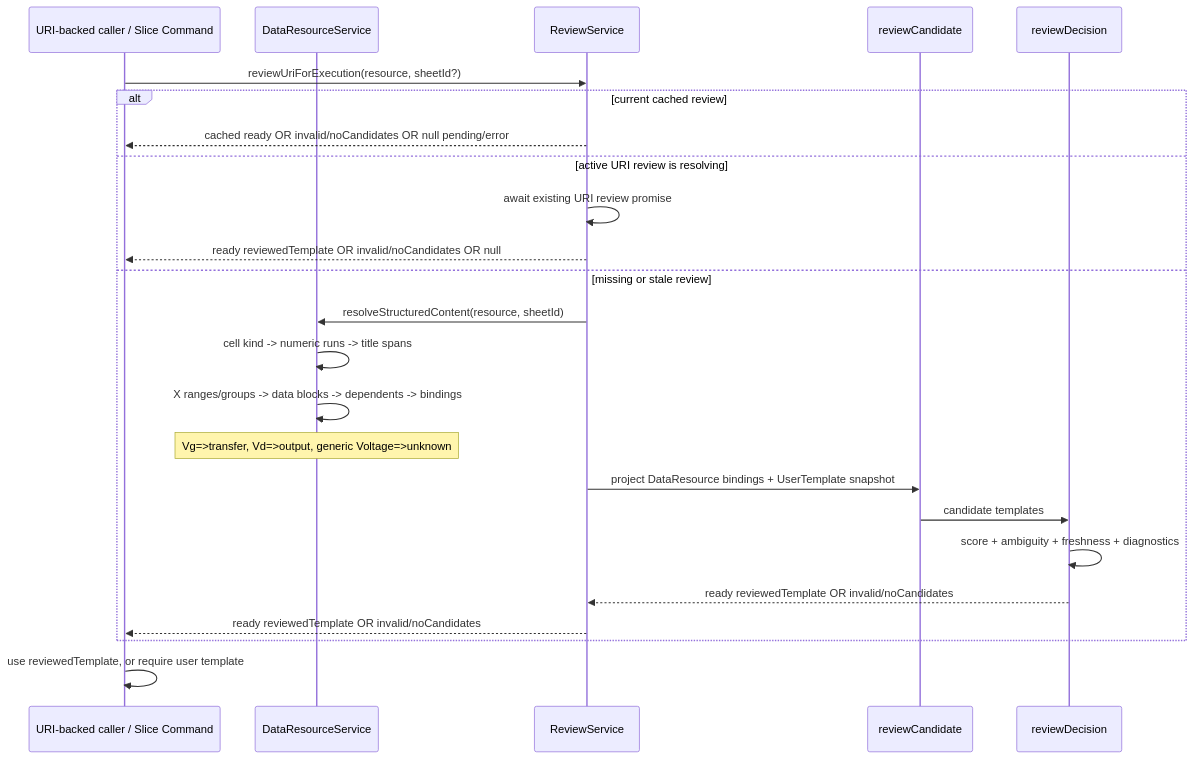
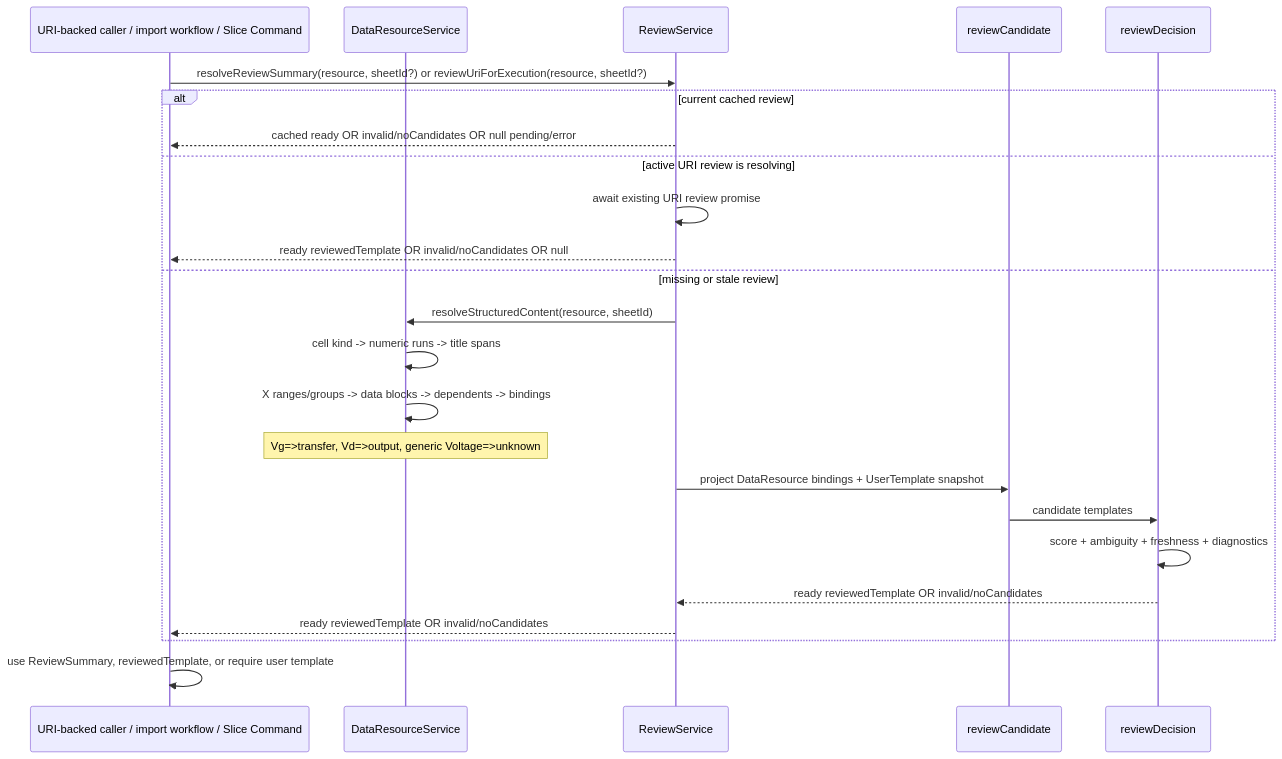
Before and after one commit to chogng/conductor: the diagram in .github/instructions/review.instructions.md, drawn with Mermaid. The commit also changed other lines of this file and 9 other files, not shown here.

Commit message:
feat: resolve review summaries for prepared imports

````diff
--- a/.github/instructions/review.instructions.md
+++ b/.github/instructions/review.instructions.md
@@ -90,27 +92,27 @@
 ```mermaid
 sequenceDiagram
-  participant Caller as URI-backed caller / Slice Command
+  participant Caller as URI-backed caller / import workflow / Slice Command
   participant Data as DataResourceService
   participant Review as ReviewService
   participant Candidate as reviewCandidate
   participant Decision as reviewDecision
 
-  Caller->>Review: reviewUriForExecution(resource, sheetId?)
+  Caller->>Review: resolveReviewSummary(resource, sheetId?) or reviewUriForExecution(resource, sheetId?)
   alt current cached review
     Review-->>Caller: cached ready OR invalid/noCandidates OR null pending/error
   else active URI review is resolving
     Review->>Review: await existing URI review promise
     Review-->>Caller: ready reviewedTemplate OR invalid/noCandidates OR null
   else missing or stale review
     Review->>Data: resolveStructuredContent(resource, sheetId)
     Data->>Data: cell kind -> numeric runs -> title spans
     Data->>Data: X ranges/groups -> data blocks -> dependents -> bindings
     Note over Data: Vg=>transfer, Vd=>output, generic Voltage=>unknown
     Review->>Candidate: project DataResource bindings + UserTemplate snapshot
     Candidate->>Decision: candidate templates
     Decision->>Decision: score + ambiguity + freshness + diagnostics
     Decision-->>Review: ready reviewedTemplate OR invalid/noCandidates
     Review-->>Caller: ready reviewedTemplate OR invalid/noCandidates
   end
-  Caller->>Caller: use reviewedTemplate, or require user template
+  Caller->>Caller: use ReviewSummary, reviewedTemplate, or require user template
 ```
````
